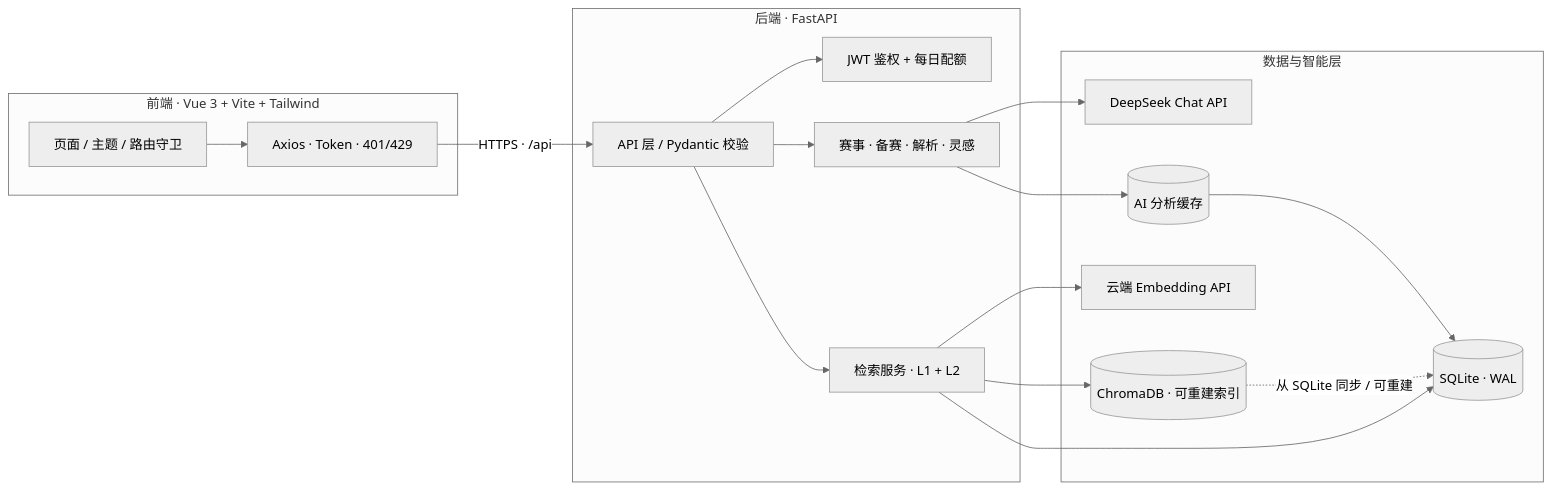
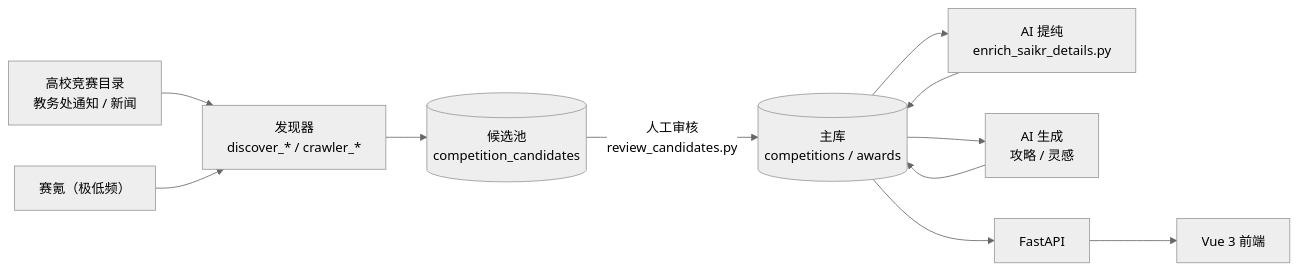
One commit to xiao520488/KuAo changed the diagram in README.md. Above: the diagram before and after it, drawn with Mermaid (neutral theme). The commit also changed other lines of this file and 3 other files, not shown here.

````diff
--- a/README.md
+++ b/README.md
@@ -146,35 +26,13 @@
 ```mermaid
 flowchart LR
-    subgraph FE["前端 · Vue 3 + Vite + Tailwind"]
-        UI["页面 / 主题 / 路由守卫"]
-        AX["Axios · Token · 401/429"]
-    end
-
-    subgraph BE["后端 · FastAPI"]
-        API["API 层 / Pydantic 校验"]
-        AUTH["JWT 鉴权 + 每日配额"]
-        BIZ["赛事 · 备赛 · 解析 · 灵感"]
-        RET["检索服务 · L1 + L2"]
-    end
-
-    subgraph DATA["数据与智能层"]
-        SQL[("SQLite · WAL")]
-        CHROMA[("ChromaDB · 可重建索引")]
-        CACHE[("AI 分析缓存")]
-        LLM["DeepSeek Chat API"]
-        EMB["云端 Embedding API"]
-    end
-
-    UI --> AX
-    AX -->|"HTTPS · /api"| API
-    API --> AUTH
-    API --> BIZ
-    API --> RET
-    BIZ --> LLM
-    BIZ --> CACHE
-    CACHE --> SQL
-    RET --> EMB
-    RET --> CHROMA
-    RET --> SQL
-    CHROMA -.->|"从 SQLite 同步 / 可重建"| SQL
+    A["高校竞赛目录<br/>教务处通知 / 新闻"] --> D["发现器<br/>discover_* / crawler_*"]
+    C["赛氪（极低频）"] --> D
+    D --> P[("候选池<br/>competition_candidates")]
+    P -->|"人工审核<br/>review_candidates.py"| M[("主库<br/>competitions / awards")]
+    M --> E["AI 提纯<br/>enrich_saikr_details.py"]
+    E --> M
+    M --> G["AI 生成<br/>攻略 / 灵感"]
+    G --> M
+    M --> API["FastAPI"]
+    API --> WEB["Vue 3 前端"]
 ```
````
